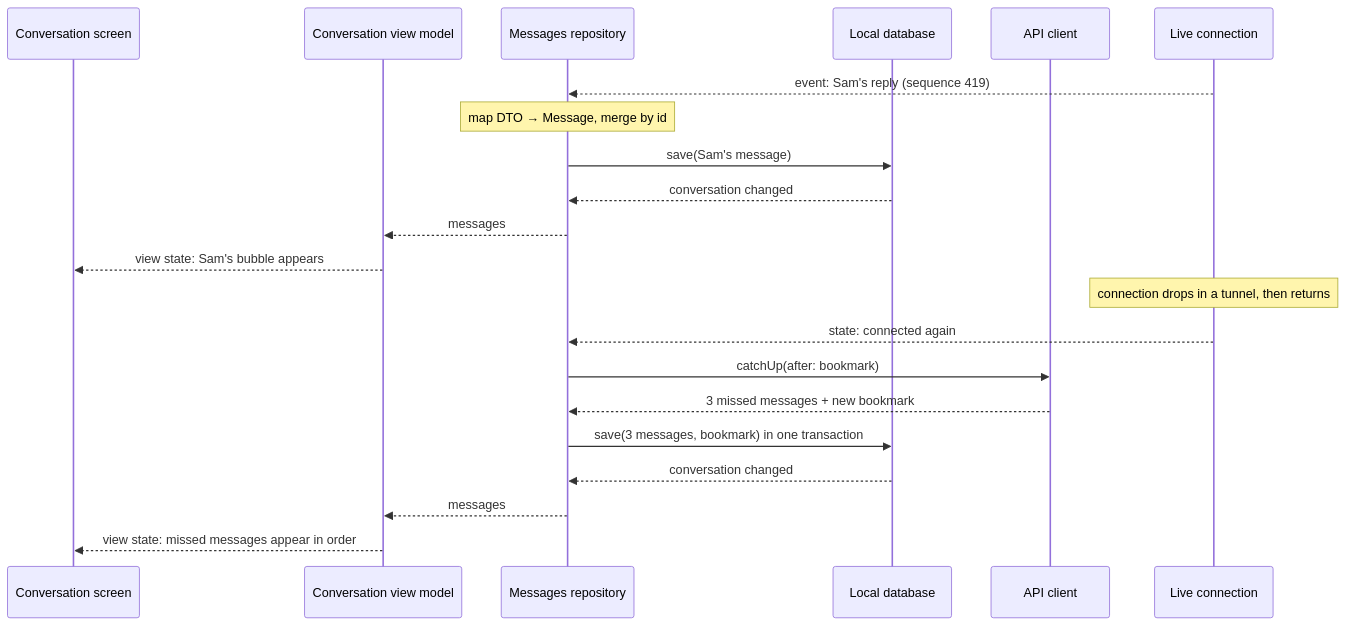
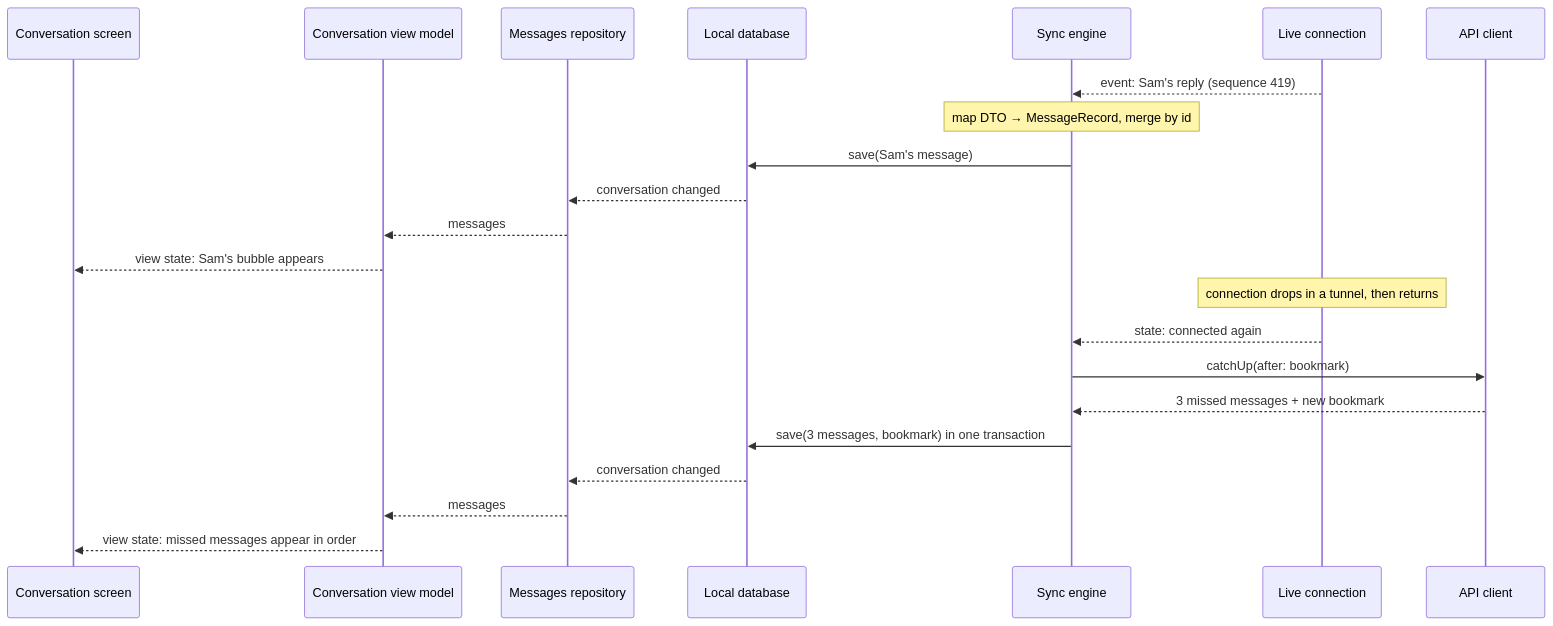
The third of 4 diagrams in topics/system-design/03-chat-client.md (rezabina86/reference-desk), drawn with Mermaid before and after one commit. The commit also changed other lines of this file and 6 other files, not shown here.

````diff
--- a/topics/system-design/03-chat-client.md
+++ b/topics/system-design/03-chat-client.md
@@ -484,23 +549,24 @@
 ```mermaid
 sequenceDiagram
   participant V as Conversation screen
   participant VM as Conversation view model
   participant R as Messages repository
   participant DB as Local database
+  participant Y as Sync engine
+  participant S as Live connection
   participant A as API client
-  participant S as Live connection
-  S-->>R: event: Sam's reply (sequence 419)
-  Note over R: map DTO → Message, merge by id
-  R->>DB: save(Sam's message)
+  S-->>Y: event: Sam's reply (sequence 419)
+  Note over Y: map DTO → MessageRecord, merge by id
+  Y->>DB: save(Sam's message)
   DB-->>R: conversation changed
   R-->>VM: messages
   VM-->>V: view state: Sam's bubble appears
   Note over S: connection drops in a tunnel, then returns
-  S-->>R: state: connected again
-  R->>A: catchUp(after: bookmark)
-  A-->>R: 3 missed messages + new bookmark
-  R->>DB: save(3 messages, bookmark) in one transaction
+  S-->>Y: state: connected again
+  Y->>A: catchUp(after: bookmark)
+  A-->>Y: 3 missed messages + new bookmark
+  Y->>DB: save(3 messages, bookmark) in one transaction
   DB-->>R: conversation changed
   R-->>VM: messages
   VM-->>V: view state: missed messages appear in order
 ```
````
